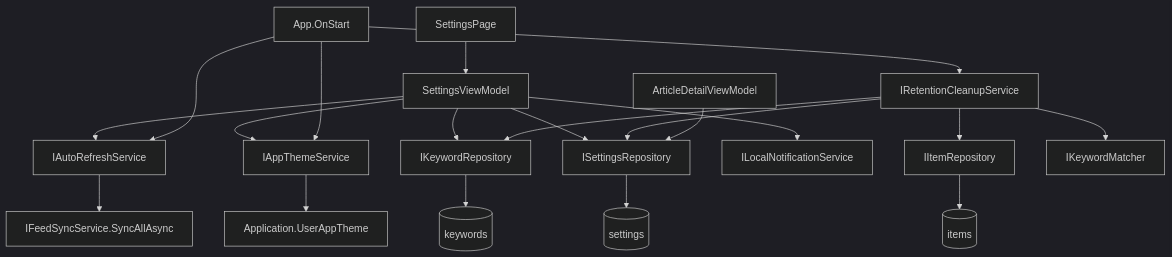
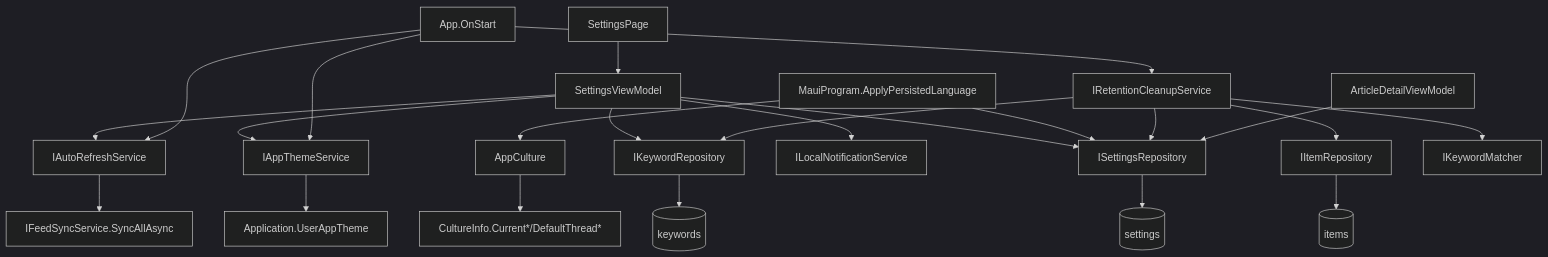
Before and after one commit to martin-stromberg/Reporter: the diagram in docs/help/einstellungen/architektur.md, drawn with Mermaid (dark theme). The commit also changed other lines of this file and 55 other files, not shown here.

````diff
--- a/docs/help/einstellungen/architektur.md
+++ b/docs/help/einstellungen/architektur.md
@@ -35,22 +37,25 @@
 ```mermaid
 graph TD
     SP[SettingsPage] --> SVM[SettingsViewModel]
     SVM --> SR[ISettingsRepository]
     SVM --> KR[IKeywordRepository]
     SVM --> ARS[IAutoRefreshService]
     SVM --> ATS[IAppThemeService]
     SVM --> LNS[ILocalNotificationService]
     ATS --> APP[Application.UserAppTheme]
     ARS --> FSS[IFeedSyncService.SyncAllAsync]
     APP2[App.OnStart] --> RCS[IRetentionCleanupService]
     APP2 --> ATS
     APP2 --> ARS
+    MP[MauiProgram.ApplyPersistedLanguage] --> SR
+    MP --> AC[AppCulture]
+    AC --> CI[CultureInfo.Current*/DefaultThread*]
     RCS --> SR
     RCS --> KR
     RCS --> IR[IItemRepository]
     RCS --> KM[IKeywordMatcher]
     SR --> DB[(settings)]
     KR --> DB2[(keywords)]
     IR --> DB3[(items)]
     ADV[ArticleDetailViewModel] --> SR
 ```
````
